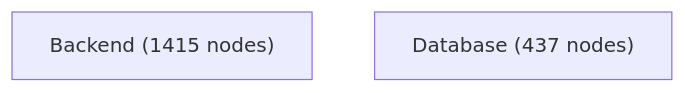
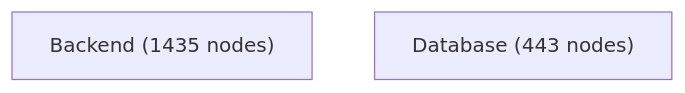
The first of 4 diagrams in docs/architecture-analysis/architecture.report.md (jankneumann/agentic-coding-tools), drawn with Mermaid before and after one commit. The commit also changed other lines of this file and 154 other files, not shown here.

````diff
--- a/docs/architecture-analysis/architecture.report.md
+++ b/docs/architecture-analysis/architecture.report.md
@@ -501,5 +502,5 @@
 ```mermaid
 flowchart TB
-    Backend["Backend (1415 nodes)"]
-    Database["Database (437 nodes)"]
+    Backend["Backend (1435 nodes)"]
+    Database["Database (443 nodes)"]
 ```
````
